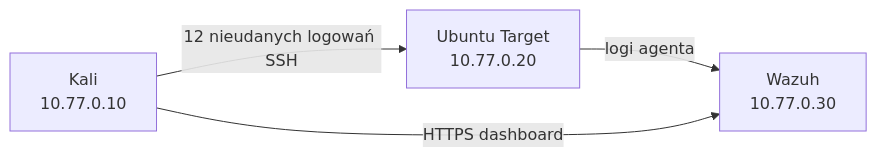
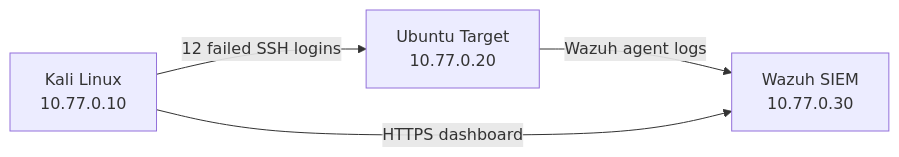
One commit to aldladla/soc-incident-response-lab changed the diagram in README.md. Above: the diagram before and after it, drawn with Mermaid. The commit also changed other lines of this file and 7 other files, not shown here.

````diff
--- a/README.md
+++ b/README.md
@@ -17,10 +18,10 @@
 ```mermaid
 flowchart LR
-    K["Kali<br/>10.77.0.10"]
+    K["Kali Linux<br/>10.77.0.10"]
     T["Ubuntu Target<br/>10.77.0.20"]
-    W["Wazuh<br/>10.77.0.30"]
+    W["Wazuh SIEM<br/>10.77.0.30"]
 
-    K -->|"12 nieudanych logowań SSH"| T
-    T -->|"logi agenta"| W
+    K -->|"12 failed SSH logins"| T
+    T -->|"Wazuh agent logs"| W
     K -->|"HTTPS dashboard"| W
 ```
````
